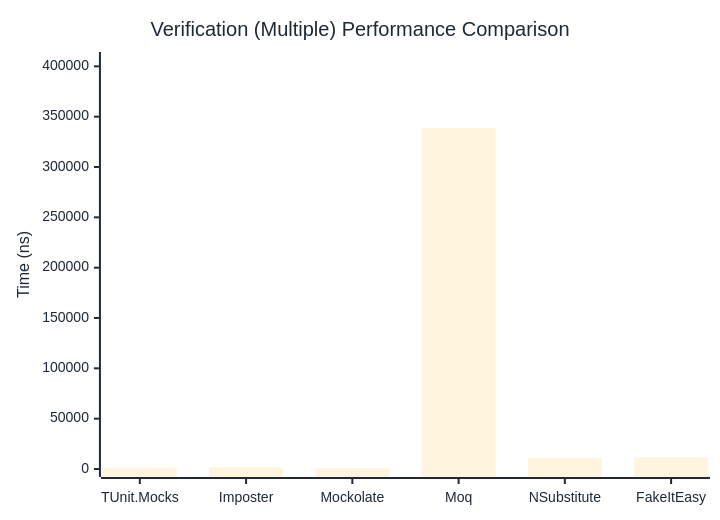
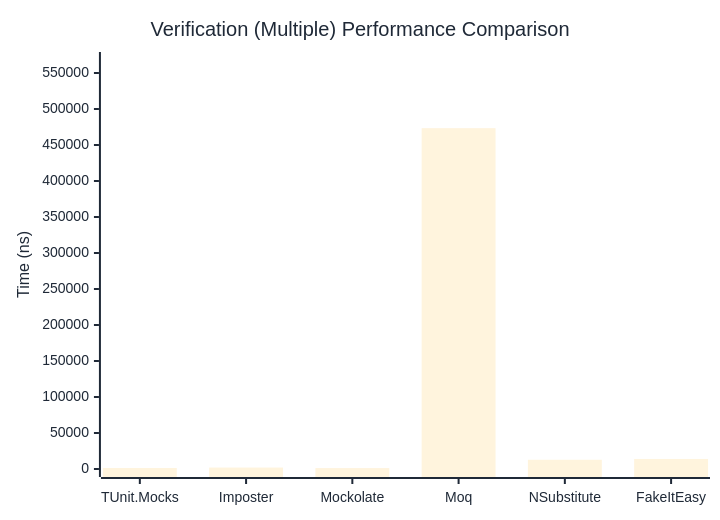
The third of 3 diagrams in docs/docs/benchmarks/mocks/Verification.md (thomhurst/TUnit), drawn with Mermaid before and after one commit. The commit also changed other lines of this file and 14 other files, not shown here.

````diff
--- a/docs/docs/benchmarks/mocks/Verification.md
+++ b/docs/docs/benchmarks/mocks/Verification.md
@@ -112,27 +112,27 @@
 ```mermaid
 %%{init: {
   'theme':'base',
   'themeVariables': {
     'primaryColor': '#2563eb',
     'primaryTextColor': '#1f2937',
     'primaryBorderColor': '#1e40af',
     'lineColor': '#6b7280',
     'secondaryColor': '#7c3aed',
     'tertiaryColor': '#dc2626',
     'background': '#ffffff',
     'pie1': '#2563eb',
     'pie2': '#7c3aed',
     'pie3': '#dc2626',
     'pie4': '#f59e0b',
     'pie5': '#10b981',
     'pie6': '#06b6d4',
     'pie7': '#ec4899',
     'pie8': '#6366f1'
   }
 }}%%
 xychart-beta
   title "Verification (Multiple) Performance Comparison"
   x-axis ["TUnit.Mocks", "Imposter", "Mockolate", "Moq", "NSubstitute", "FakeItEasy"]
-  y-axis "Time (ns)" 0 --> 406308
-  bar [1289.88, 1709.45, 1055.19, 338589.99, 11050.31, 11462.44]
+  y-axis "Time (ns)" 0 --> 568080
+  bar [1377.3, 2019.22, 1267.96, 473399.64, 12844.55, 13945.43]
 ```
````
